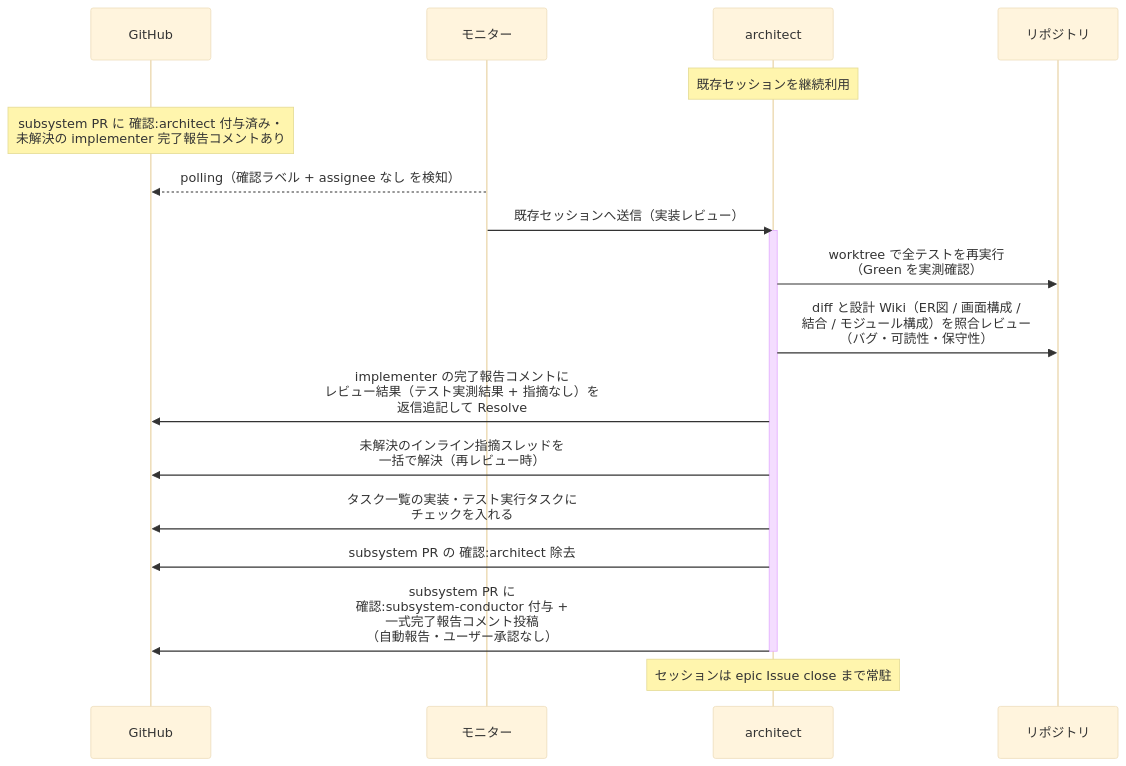
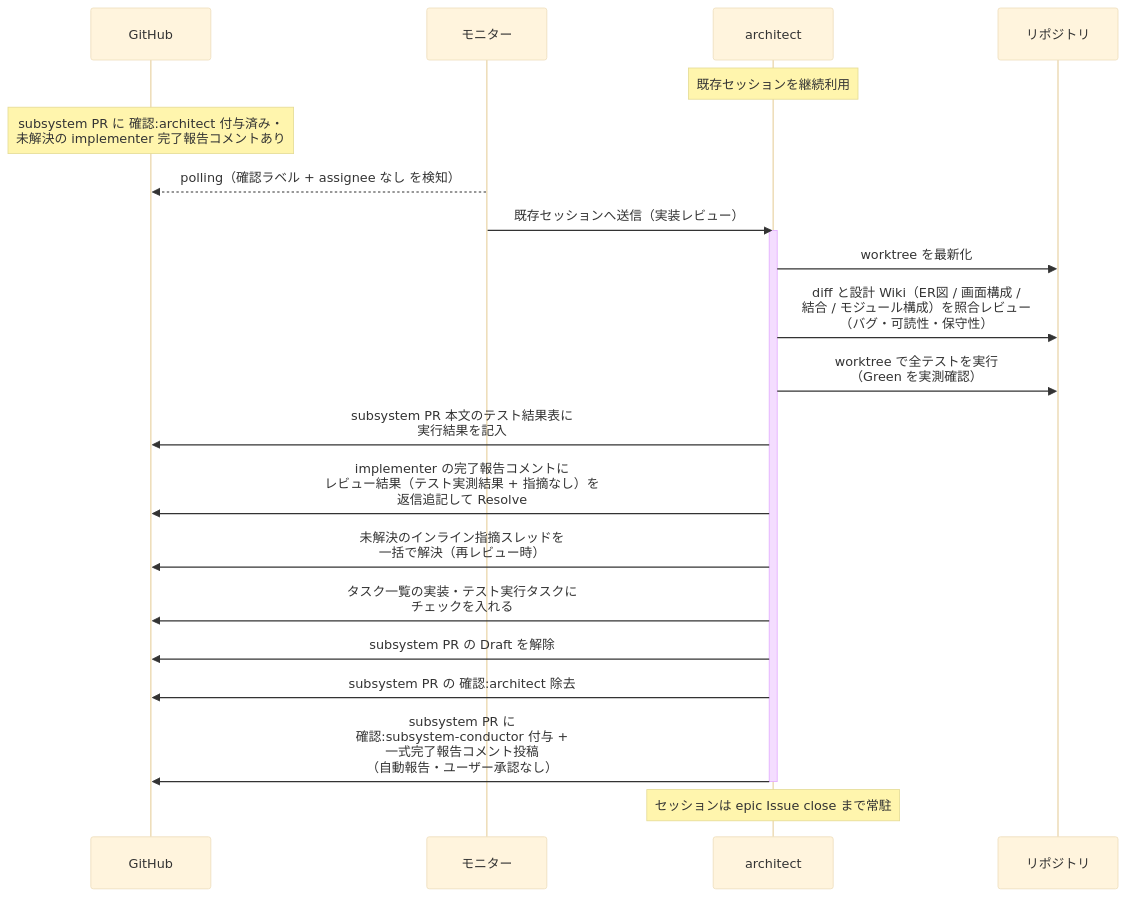
The first of 5 diagrams in docs/wiki/設計図/シナリオ/単一ユースケース/実装レビュー.md (shuhei1101/ai-monitor), drawn with Mermaid (base theme) before and after one commit. The commit also changed other lines of this file and 304 other files, not shown here.

````diff
--- a/docs/wiki/設計図/シナリオ/単一ユースケース/実装レビュー.md
+++ b/docs/wiki/設計図/シナリオ/単一ユースケース/実装レビュー.md
@@ -27,22 +28,25 @@
 ```mermaid
 sequenceDiagram
   participant GH as GitHub
   participant ORC as モニター
   participant MON as architect
   participant REPO as リポジトリ
 
   Note over MON: 既存セッションを継続利用
   Note over GH: subsystem PR に 確認:architect 付与済み・<br>未解決の implementer 完了報告コメントあり
   ORC-->>GH: polling（確認ラベル + assignee なし を検知）
   ORC->>MON: 既存セッションへ送信（実装レビュー）
   activate MON
-  MON->>REPO: worktree で全テストを再実行<br>（Green を実測確認）
+  MON->>REPO: worktree を最新化
   MON->>REPO: diff と設計 Wiki（ER図 / 画面構成 /<br>結合 / モジュール構成）を照合レビュー<br>（バグ・可読性・保守性）
+  MON->>REPO: worktree で全テストを実行<br>（Green を実測確認）
+  MON->>GH: subsystem PR 本文のテスト結果表に<br>実行結果を記入
   MON->>GH: implementer の完了報告コメントに<br>レビュー結果（テスト実測結果 + 指摘なし）を<br>返信追記して Resolve
   MON->>GH: 未解決のインライン指摘スレッドを<br>一括で解決（再レビュー時）
   MON->>GH: タスク一覧の実装・テスト実行タスクに<br>チェックを入れる
+  MON->>GH: subsystem PR の Draft を解除
   MON->>GH: subsystem PR の 確認:architect 除去
   MON->>GH: subsystem PR に<br>確認:subsystem-conductor 付与 +<br>一式完了報告コメント投稿<br>（自動報告・ユーザー承認なし）
   deactivate MON
   Note over MON: セッションは epic Issue close まで常駐
 ```
````
